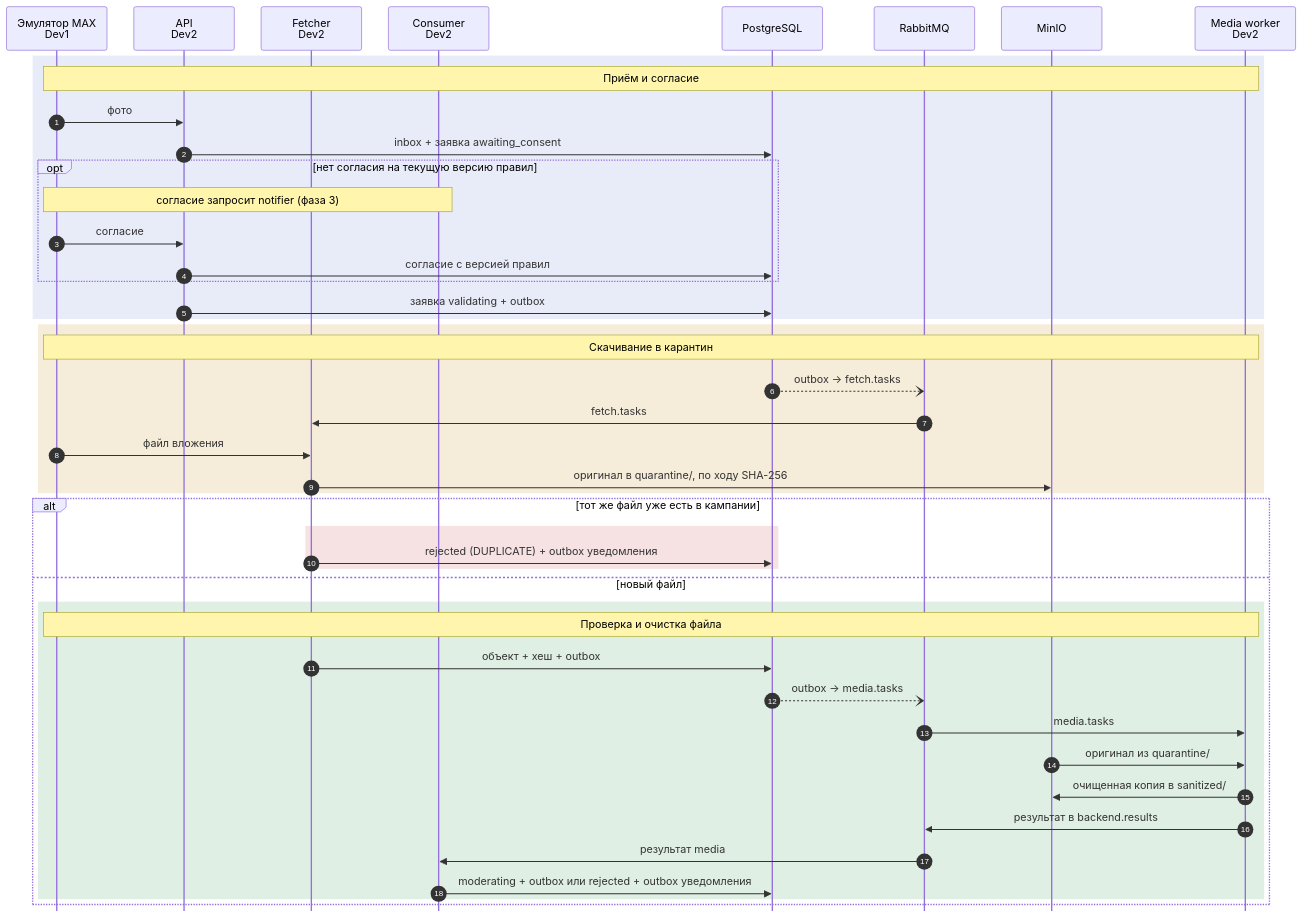
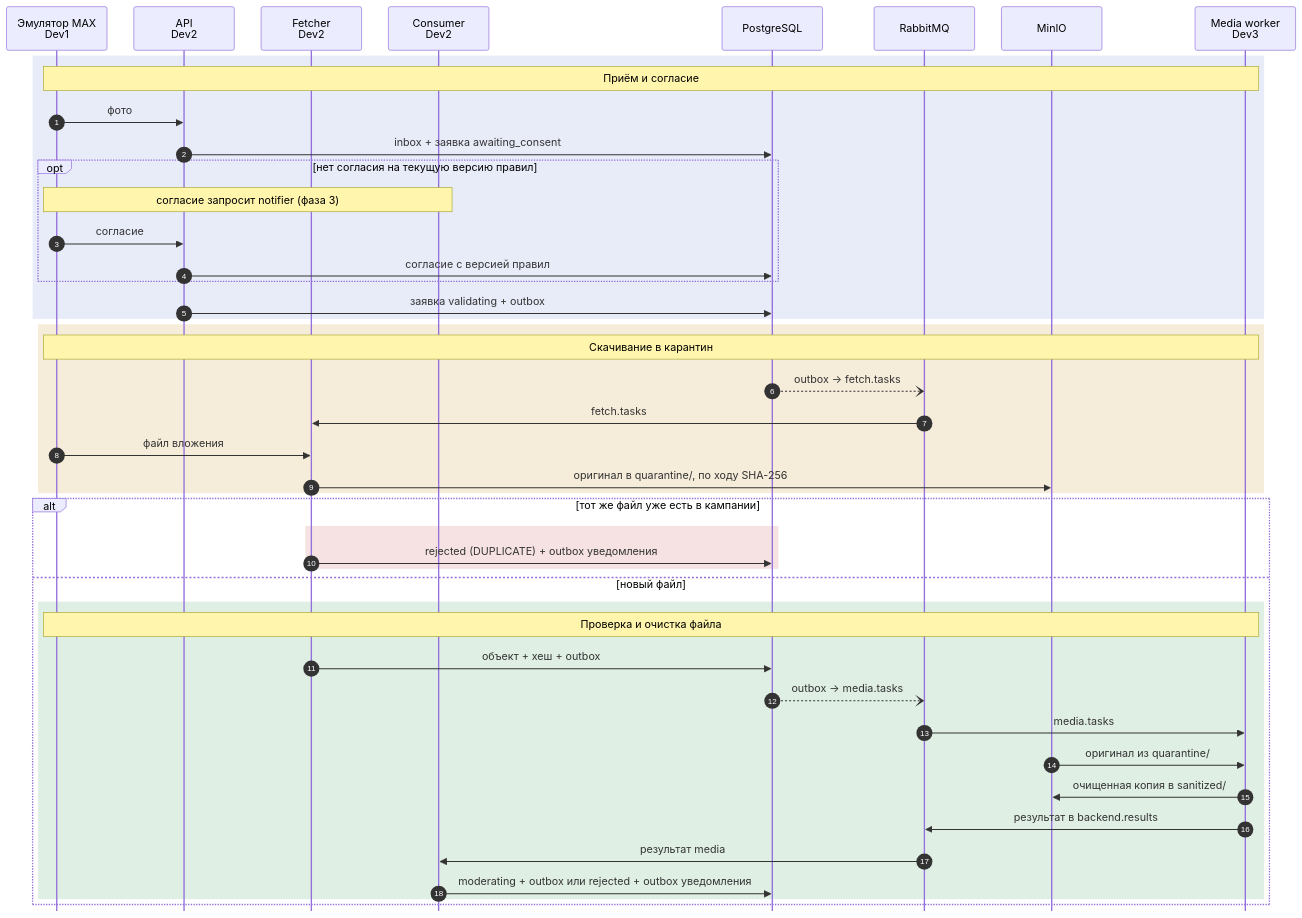
The third of 5 diagrams in docs/mvp.md (MIvi-test/vision-shield-bot), drawn with Mermaid before and after one commit. The commit also changed other lines of this file and 18 other files, not shown here.

````diff
--- a/docs/mvp.md
+++ b/docs/mvp.md
@@ -123,51 +127,51 @@
 ```mermaid
 %%{init: {"sequence": {"mirrorActors": false, "actorMargin": 40, "boxMargin": 8, "noteMargin": 8, "messageMargin": 34}}}%%
 sequenceDiagram
     autonumber
     participant E as Эмулятор MAX<br/>Dev1
     participant A as API<br/>Dev2
     participant F as Fetcher<br/>Dev2
     participant C as Consumer<br/>Dev2
     participant DB as PostgreSQL
     participant Q as RabbitMQ
     participant S as MinIO
-    participant M as Media worker<br/>Dev2
+    participant M as Media worker<br/>Dev3
 
     rect rgba(91, 123, 213, 0.14)
         Note over E,M: Приём и согласие
         E->>A: фото
         A->>DB: inbox + заявка awaiting_consent
         opt нет согласия на текущую версию правил
             Note over E,C: согласие запросит notifier (фаза 3)
             E->>A: согласие
             A->>DB: согласие с версией правил
         end
         A->>DB: заявка validating + outbox
     end
 
     rect rgba(201, 138, 27, 0.16)
         Note over E,M: Скачивание в карантин
         DB--)Q: outbox → fetch.tasks
         Q->>F: fetch.tasks
         E->>F: файл вложения
         F->>S: оригинал в quarantine/, по ходу SHA-256
     end
 
     alt тот же файл уже есть в кампании
         rect rgba(201, 75, 75, 0.16)
             F->>DB: rejected (DUPLICATE) + outbox уведомления
         end
     else новый файл
         rect rgba(61, 154, 91, 0.16)
             Note over E,M: Проверка и очистка файла
             F->>DB: объект + хеш + outbox
             DB--)Q: outbox → media.tasks
             Q->>M: media.tasks
             S->>M: оригинал из quarantine/
             M->>S: очищенная копия в sanitized/
             M->>Q: результат в backend.results
             Q->>C: результат media
             C->>DB: moderating + outbox или rejected + outbox уведомления
         end
     end
 ```
````
